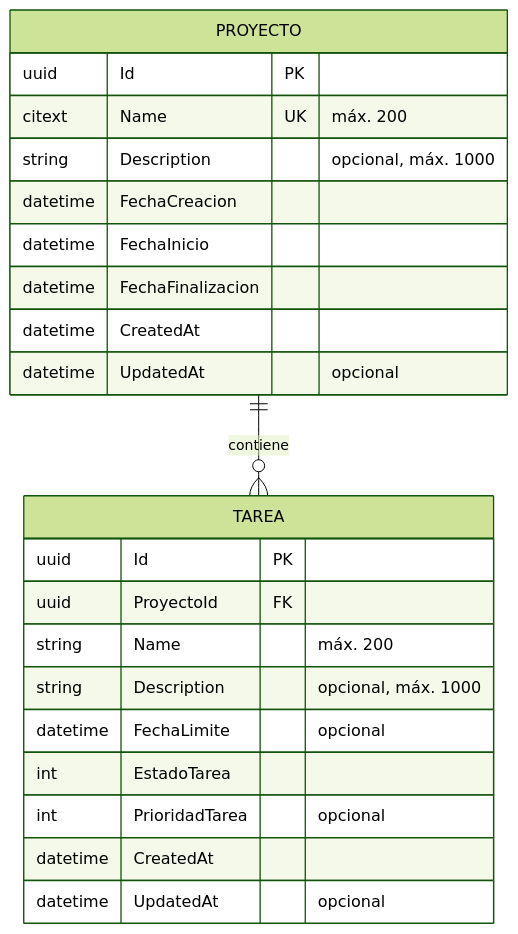
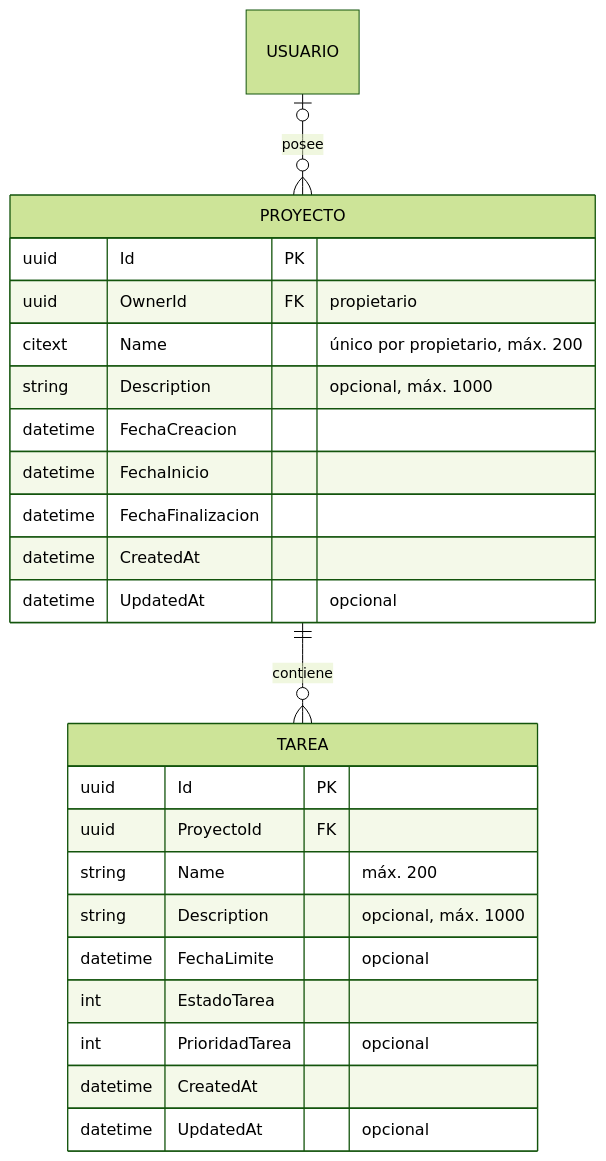
One commit to ChrisOnfroy/ProyectoAndTarea.Backend changed the third of 4 diagrams in README.md. Above: the diagram before and after it, drawn with Mermaid (forest theme). The commit also changed other lines of this file, not shown here.

````diff
--- a/README.md
+++ b/README.md
@@ -131,25 +135,27 @@
 ```mermaid
 erDiagram
+    USUARIO |o--o{ PROYECTO : posee
     PROYECTO ||--o{ TAREA : contiene
     PROYECTO {
         uuid Id PK
-        citext Name UK "máx. 200"
+        uuid OwnerId FK "propietario"
+        citext Name "único por propietario, máx. 200"
         string Description "opcional, máx. 1000"
         datetime FechaCreacion
         datetime FechaInicio
         datetime FechaFinalizacion
         datetime CreatedAt
         datetime UpdatedAt "opcional"
     }
     TAREA {
         uuid Id PK
         uuid ProyectoId FK
         string Name "máx. 200"
         string Description "opcional, máx. 1000"
         datetime FechaLimite "opcional"
         int EstadoTarea
         int PrioridadTarea "opcional"
         datetime CreatedAt
         datetime UpdatedAt "opcional"
     }
 ```
````
